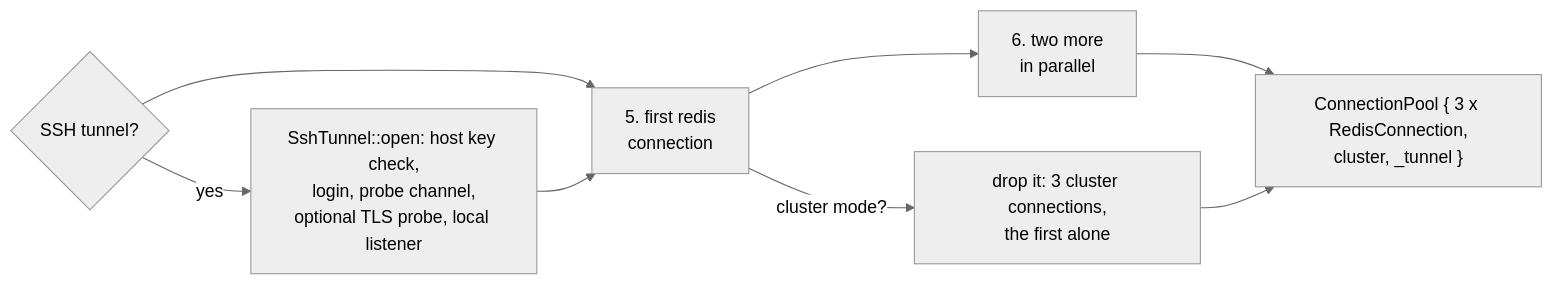
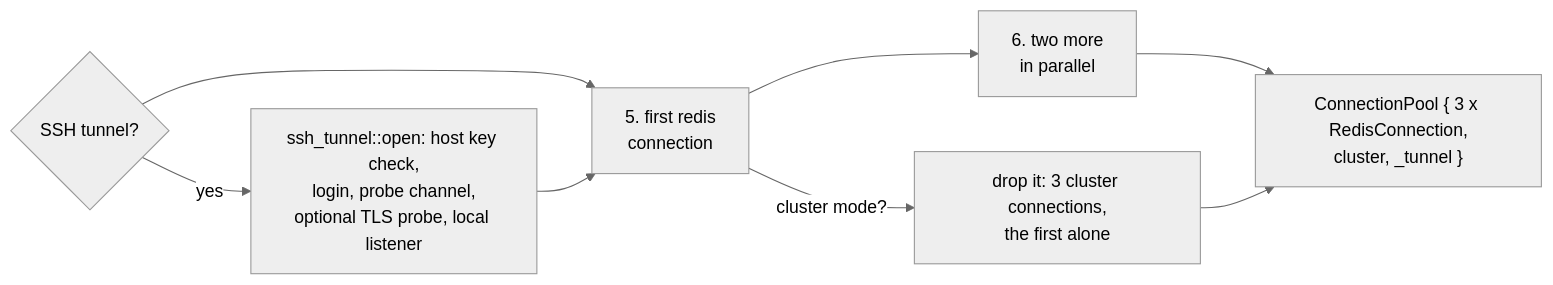
Before and after one commit to iRed4321/Cachemire: the third of 5 diagrams in crates/cachemire-core/wiki/connection.md, drawn with Mermaid (neutral theme). The commit also changed other lines of this file and 6 other files, not shown here.

Commit message:
Tunnels: a transport-agnostic tunnel, SSH as one dialer

````diff
--- a/crates/cachemire-core/wiki/connection.md
+++ b/crates/cachemire-core/wiki/connection.md
@@ -116,11 +117,11 @@
 ```mermaid
 flowchart LR
     S{"SSH tunnel?"}
-    S -->|yes| T["SshTunnel::open: host key check,<br/>login, probe channel,<br/>optional TLS probe, local listener"]
+    S -->|yes| T["ssh_tunnel::open: host key check,<br/>login, probe channel,<br/>optional TLS probe, local listener"]
     S --> F
     T --> F["5. first redis<br/>connection"]
     F -->|"cluster mode?"| X["drop it: 3 cluster connections,<br/>the first alone"]
     F --> G["6. two more<br/>in parallel"]
     G --> H["ConnectionPool { 3 x RedisConnection,<br/>cluster, _tunnel }"]
     X --> H
 ```
````
